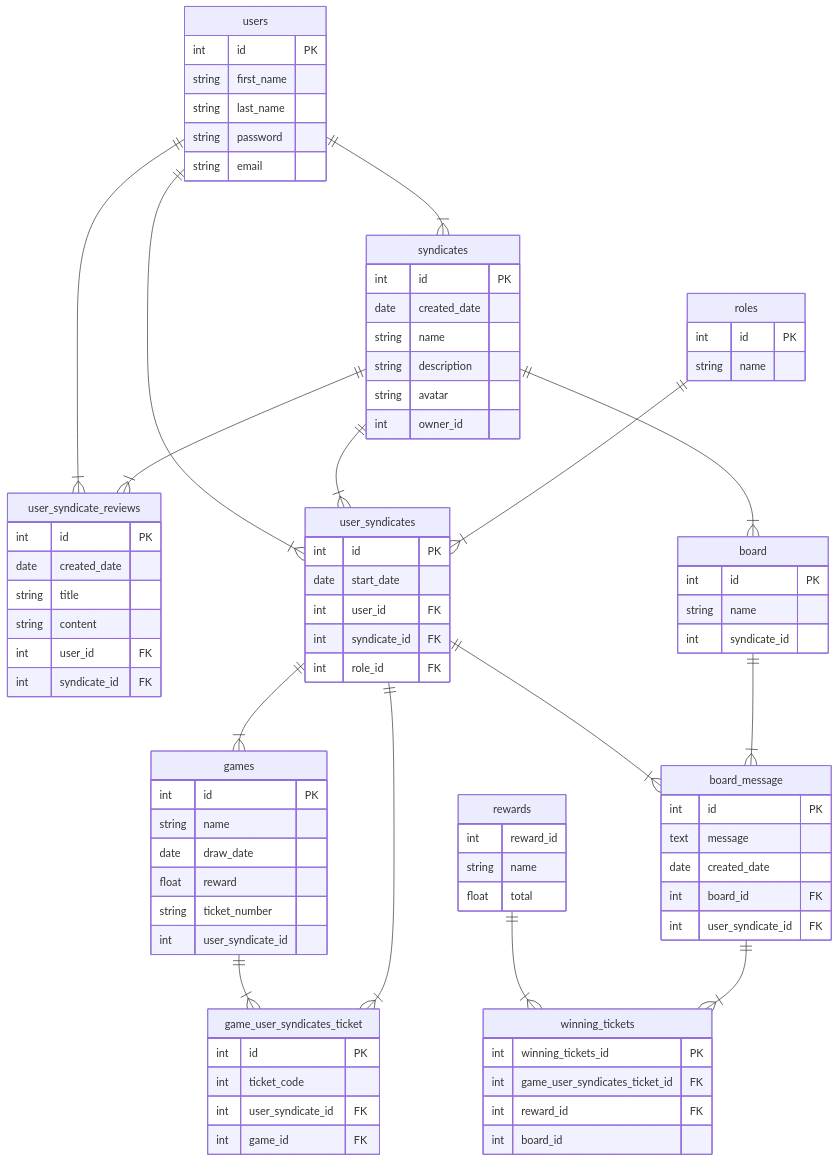
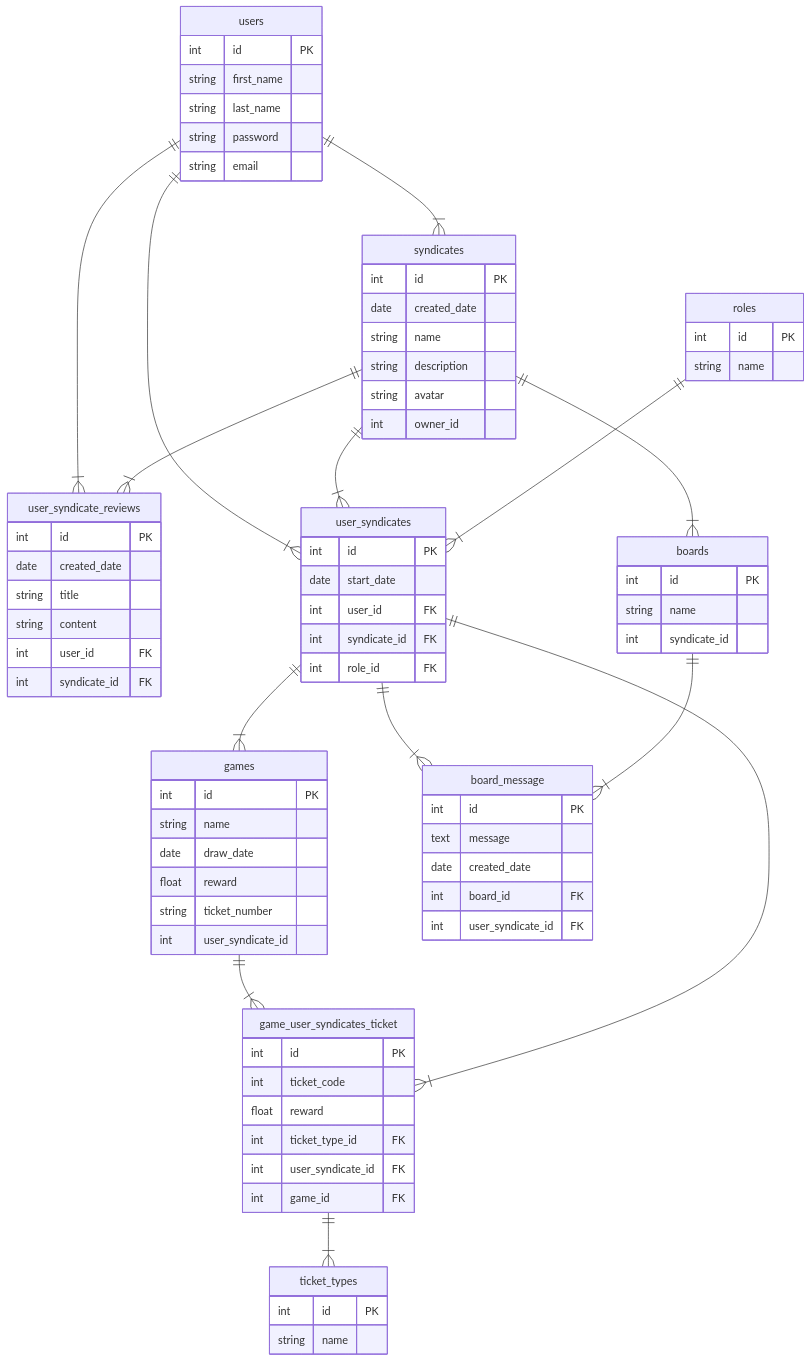
One commit to Thomasmckee123/lottosyndicatemanager changed the diagram in README.md. Above: the diagram before and after it, drawn with Mermaid. The commit also changed other lines of this file, not shown here.

Commit message:
updated mermaid chart

````diff
--- a/README.md
+++ b/README.md
@@ -130,15 +116,17 @@
 users ||--|{ syndicates : ""
 syndicates ||--|{ user_syndicate_reviews : ""
 syndicates||--|{user_syndicates : ""
-syndicates ||--|{board : ""
+syndicates ||--|{boards : ""
 roles ||--|{ user_syndicates : ""
 games ||--|{ game_user_syndicates_ticket: ""
 user_syndicates ||--|{ game_user_syndicates_ticket: ""
+game_user_syndicates_ticket||--|{ ticket_types: ""
 user_syndicates ||--|{ board_message: ""
 user_syndicates ||--|{ games: ""
-board ||--|{ board_message : "" 
-rewards ||--|{ winning_tickets :""
-board_message ||--|{ winning_tickets: ""
+boards ||--|{ board_message : "" 
+
+
+
 users{
 int id PK
 string first_name 
@@ -190,10 +178,12 @@
 game_user_syndicates_ticket{
     int id PK
     int ticket_code
+    float reward
+    int ticket_type_id FK
     int user_syndicate_id FK
     int game_id FK
 }
-board{
+boards{
     int id PK
     string name 
     int syndicate_id 
@@ -205,16 +195,9 @@
     int board_id FK
     int user_syndicate_id FK
 }
-winning_tickets{
-    int winning_tickets_id PK
-    int game_user_syndicates_ticket_id FK
-    int  reward_id FK
-    int board_id
-}
-rewards{
-    int reward_id
-    string name
-    float total
-    
+
+ticket_types{
+    int id PK
+    string name 
 }
 ```
````
